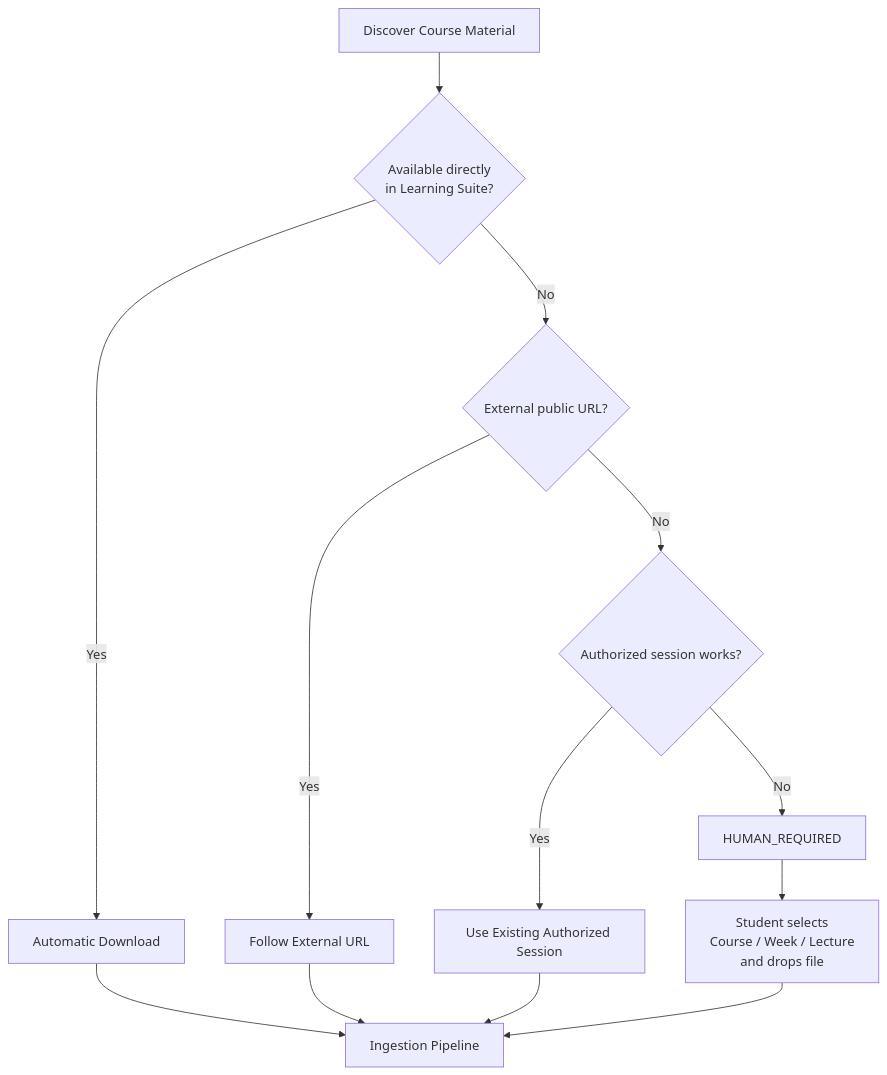
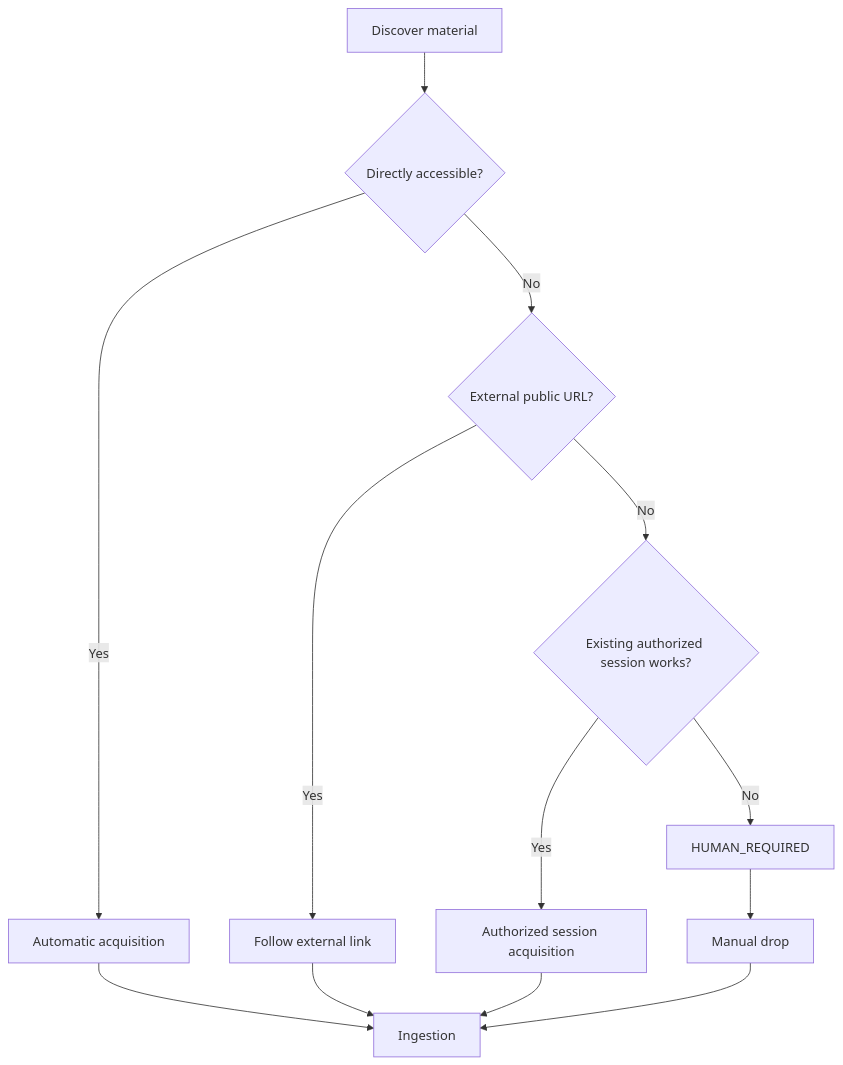
Before and after one commit to Riku888/smartee: the second of 7 diagrams in ARCHITECTURE.md, drawn with Mermaid. The commit also changed other lines of this file and 1 other file, not shown here.

Commit message:
Changed architecture files

````diff
--- a/ARCHITECTURE.md
+++ b/ARCHITECTURE.md
@@ -192,36 +402,26 @@
 ```mermaid
 flowchart TD
-
-    START[Discover Course Material]
-
-    A{Available directly<br/>in Learning Suite?}
+    START[Discover material]
+    A{Directly accessible?}
     B{External public URL?}
-    C{Authorized session works?}
-
-    DL[Automatic Download]
-    EXT[Follow External URL]
-    AUTH[Use Existing Authorized Session]
-
+    C{Existing authorized session works?}
+    DL[Automatic acquisition]
+    EXT[Follow external link]
+    AUTH[Authorized session acquisition]
     HUMAN[HUMAN_REQUIRED]
-    DROP[Student selects<br/>Course / Week / Lecture<br/>and drops file]
-
-    INGEST[Ingestion Pipeline]
+    DROP[Manual drop]
+    INGEST[Ingestion]
 
     START --> A
-
     A -->|Yes| DL
     A -->|No| B
-
     B -->|Yes| EXT
     B -->|No| C
-
     C -->|Yes| AUTH
     C -->|No| HUMAN
-
     HUMAN --> DROP
-    DROP --> INGEST
-
     DL --> INGEST
     EXT --> INGEST
     AUTH --> INGEST
+    DROP --> INGEST
 ```
````
